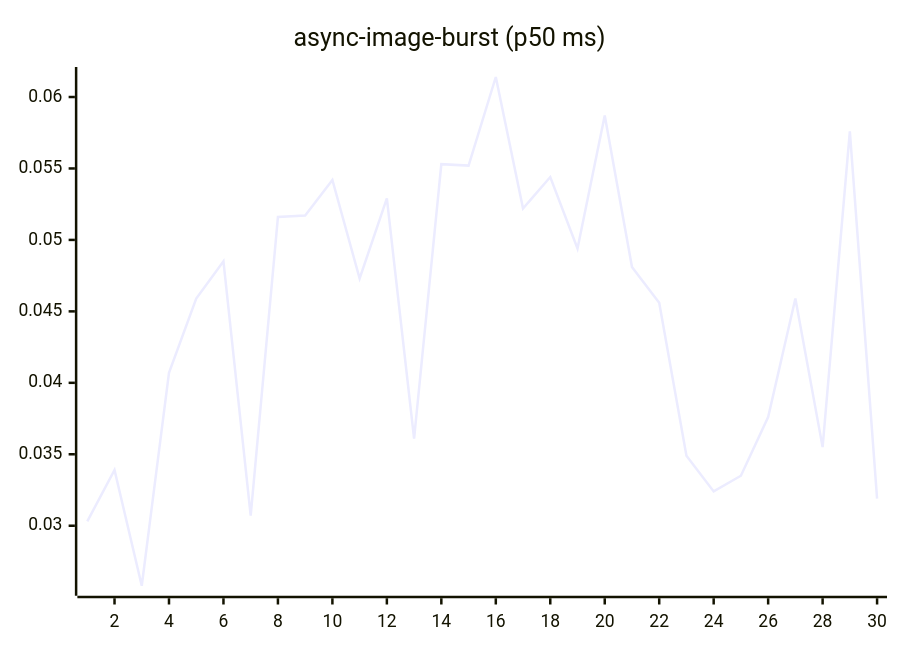
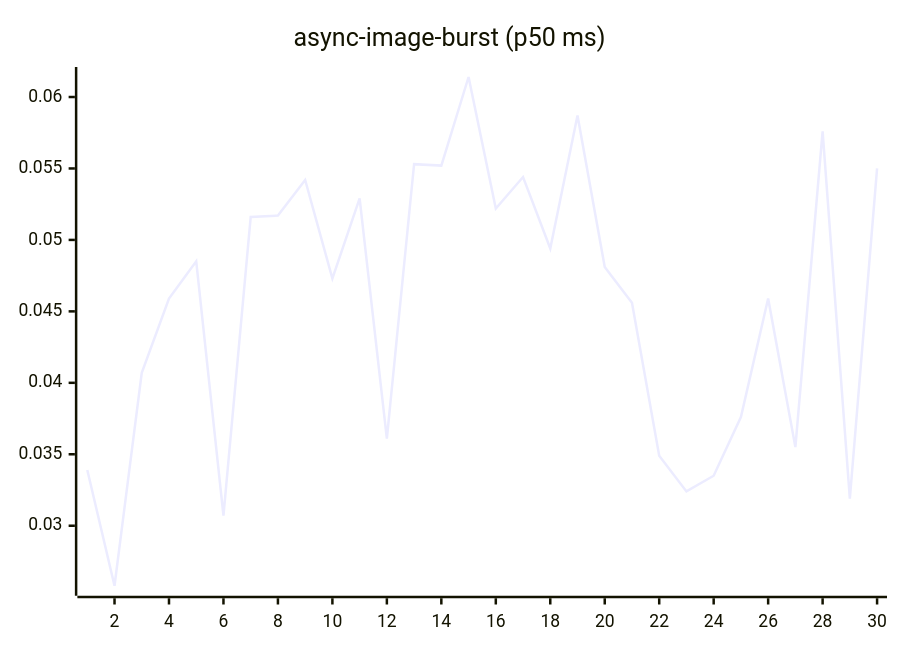
One commit to josha/Facet changed the fourth of 27 diagrams in README.md. Above: the diagram before and after it, drawn with Mermaid. The commit also changed other lines of this file and 2 other files, not shown here.

````diff
--- a/README.md
+++ b/README.md
@@ -84,6 +84,6 @@
 ```mermaid
 xychart-beta
     title "async-image-burst (p50 ms)"
     x-axis 1 --> 30
-    line [0.0303, 0.0339, 0.0258, 0.0407, 0.0459, 0.0485, 0.0307, 0.0516, 0.0517, 0.0542, 0.0473, 0.0529, 0.0361, 0.0553, 0.0552, 0.0614, 0.0522, 0.0544, 0.0494, 0.0587, 0.0481, 0.0456, 0.0349, 0.0324, 0.0335, 0.0376, 0.0459, 0.0355, 0.0576, 0.0319]
+    line [0.0339, 0.0258, 0.0407, 0.0459, 0.0485, 0.0307, 0.0516, 0.0517, 0.0542, 0.0473, 0.0529, 0.0361, 0.0553, 0.0552, 0.0614, 0.0522, 0.0544, 0.0494, 0.0587, 0.0481, 0.0456, 0.0349, 0.0324, 0.0335, 0.0376, 0.0459, 0.0355, 0.0576, 0.0319, 0.0550]
 ```
````
